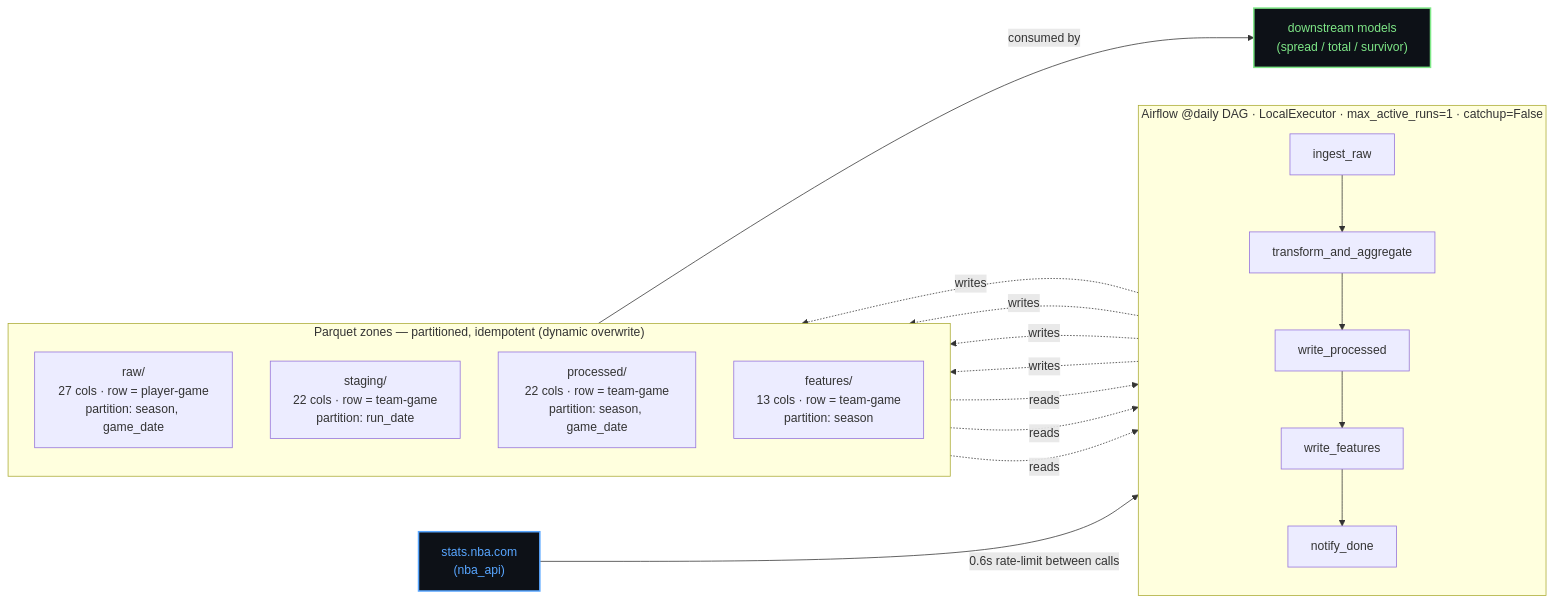
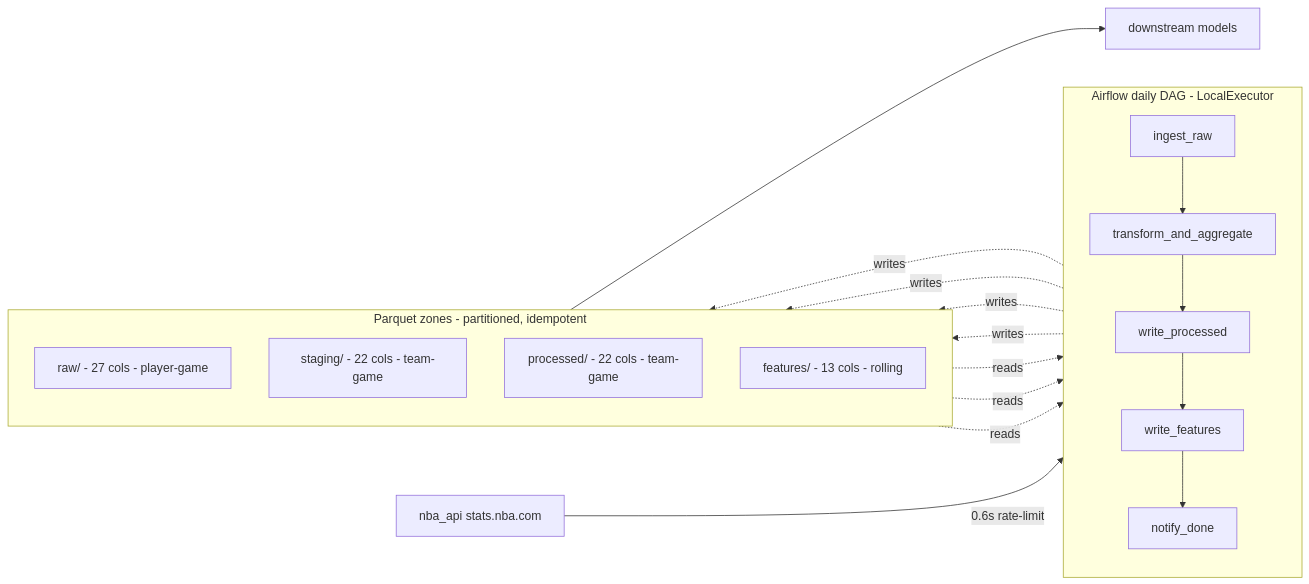
The diagram in README.md (tjromack/nba-parquet), drawn with Mermaid before and after one commit.

Commit message:
Fix Mermaid architecture diagram on GitHub
The previous version rendered as an empty Mermaid viewport on
GitHub (toolbar visible, no graph inside) because the renderer
silently failed on a combination of features that GitHub's
sandboxed Mermaid doesn't reliably support together:

- <br/> HTML tags inside double-quoted node labels
- Middle-dot (U+00B7) characters in subgraph titles and labels
- classDef + :::class style assignments with stroke-width

Rewrote the diagram with maximum-compatibility syntax: no HTML
tags, no special Unicode characters, no styled class assignments,
all labels single-line ASCII. Same logical structure - source ->
DAG (5 tasks) -> 4 Parquet zones -> downstream models, with
dotted lines for task<->zone reads/writes - just rendered with
a syntax subset that GitHub's Mermaid handles reliably.

````diff
--- a/README.md
+++ b/README.md
@@ -50,37 +50,34 @@
 ```mermaid
 flowchart LR
-    api["stats.nba.com<br/>(nba_api)"]:::ext
+    api[nba_api stats.nba.com]
 
-    subgraph DAG["Airflow @daily DAG · LocalExecutor · max_active_runs=1 · catchup=False"]
+    subgraph DAG[Airflow daily DAG - LocalExecutor]
         direction TB
         t1[ingest_raw]
         t2[transform_and_aggregate]
         t3[write_processed]
         t4[write_features]
         t5[notify_done]
         t1 --> t2 --> t3 --> t4 --> t5
     end
 
-    subgraph LAKE["Parquet zones — partitioned, idempotent (dynamic overwrite)"]
+    subgraph LAKE[Parquet zones - partitioned, idempotent]
         direction TB
-        raw["raw/<br/>27 cols · row = player-game<br/>partition: season, game_date"]
-        stage["staging/<br/>22 cols · row = team-game<br/>partition: run_date"]
-        proc["processed/<br/>22 cols · row = team-game<br/>partition: season, game_date"]
-        feat["features/<br/>13 cols · row = team-game<br/>partition: season"]
+        raw[raw/ - 27 cols - player-game]
+        stage[staging/ - 22 cols - team-game]
+        proc[processed/ - 22 cols - team-game]
+        feat[features/ - 13 cols - rolling]
     end
 
-    model["downstream models<br/>(spread / total / survivor)"]:::down
+    model[downstream models]
 
-    api -->|"0.6s rate-limit between calls"| t1
+    api -->|0.6s rate-limit| t1
     t1 -.->|writes| raw
     raw -.->|reads| t2
     t2 -.->|writes| stage
     stage -.->|reads| t3
     t3 -.->|writes| proc
     proc -.->|reads| t4
     t4 -.->|writes| feat
-    feat -->|consumed by| model
-
-    classDef ext fill:#0d1117,stroke:#58a6ff,color:#58a6ff,stroke-width:2px
-    classDef down fill:#0d1117,stroke:#7ee787,color:#7ee787,stroke-width:2px
+    feat --> model
 ```
````
